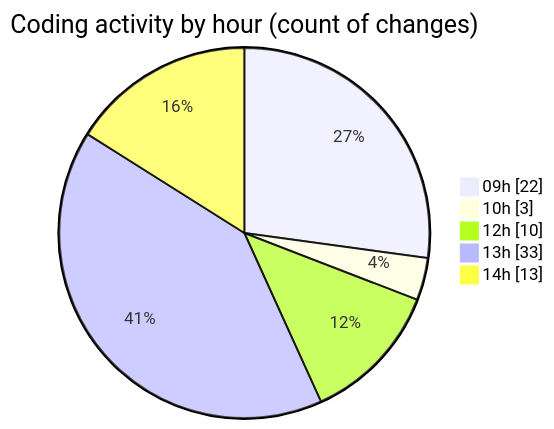
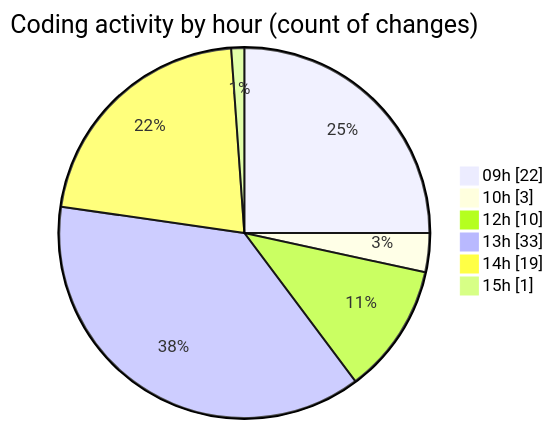
Before and after one commit to momahboobian/code-tracking: the second of 2 diagrams in 2025-06-27/cda/README.md, drawn with Mermaid. The commit also changed other lines of this file and 1 other file, not shown here.

````diff
--- a/2025-06-27/cda/README.md
+++ b/2025-06-27/cda/README.md
@@ -39,9 +39,10 @@
 ```mermaid
 pie showData
 title Coding activity by hour (count of changes)
 "09h" : 22
 "10h" : 3
 "12h" : 10
 "13h" : 33
-"14h" : 13
+"14h" : 19
+"15h" : 1
 ```
````
